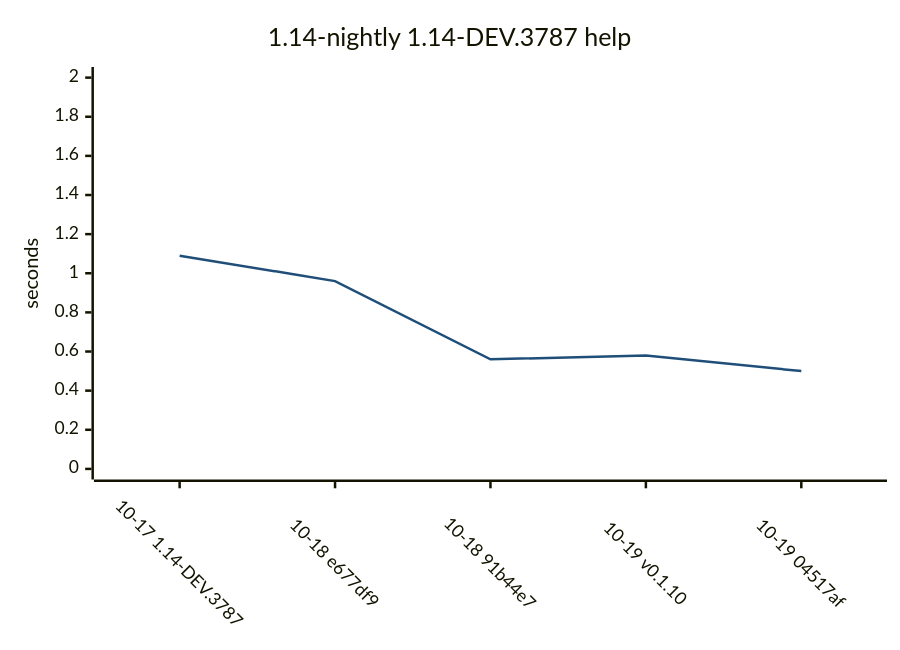
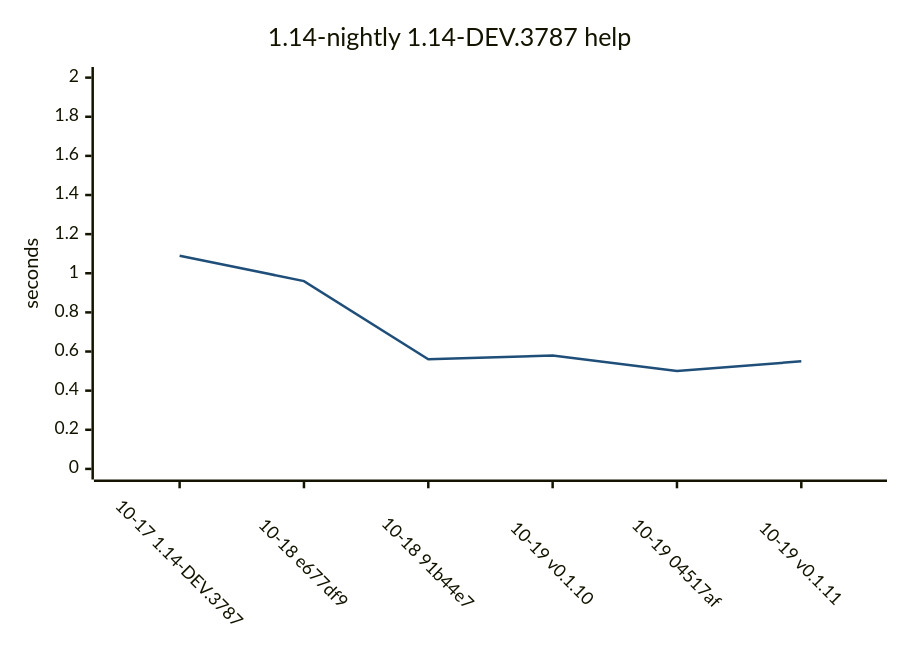
One commit to yamanori99/DistSSHRun.jl changed the fourth of 9 diagrams in README.md. Above: the diagram before and after it, drawn with Mermaid. The commit also changed other lines of this file and 1 other file, not shown here.

````diff
--- a/README.md
+++ b/README.md
@@ -132,17 +133,17 @@
 ```mermaid
 ---
 config:
   theme: base
   themeVariables:
     xyChart:
       plotColorPalette: "#1f4e79"
   xyChart:
     xAxis:
       labelRotation: 45
 ---
 xychart-beta
     title "1.14-nightly 1.14-DEV.3787 help"
-    x-axis ["10-17 1.14-DEV.3787", "10-18 e677df9", "10-18 91b44e7", "10-19 v0.1.10", "10-19 04517af"]
+    x-axis ["10-17 1.14-DEV.3787", "10-18 e677df9", "10-18 91b44e7", "10-19 v0.1.10", "10-19 04517af", "10-19 v0.1.11"]
     y-axis "seconds" 0 --> 2
-    line [1.09, 0.96, 0.56, 0.58, 0.5]
+    line [1.09, 0.96, 0.56, 0.58, 0.5, 0.55]
 ```
````
